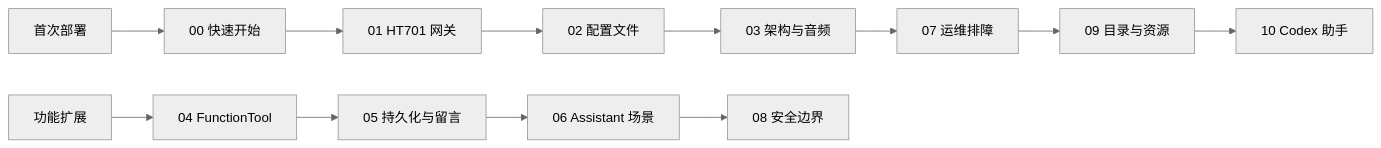
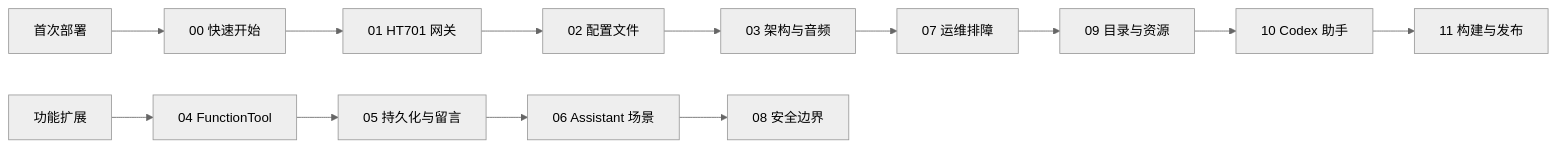
One commit to mm7h/Agent.Telephone changed the diagram in docs/README.md. Above: the diagram before and after it, drawn with Mermaid (neutral theme). The commit also changed other lines of this file and 27 other files, not shown here.

````diff
--- a/docs/README.md
+++ b/docs/README.md
@@ -7,14 +7,15 @@
 ```mermaid
 flowchart LR
     A[首次部署] --> B[00 快速开始]
     B --> C[01 HT701 网关]
     C --> D[02 配置文件]
     D --> E[03 架构与音频]
     F[功能扩展] --> G[04 FunctionTool]
     G --> H[05 持久化与留言]
     H --> I[06 Assistant 场景]
     E --> J[07 运维排障]
     I --> K[08 安全边界]
     J --> L[09 目录与资源]
     L --> M[10 Codex 助手]
+    M --> N[11 构建与发布]
 ```
````
